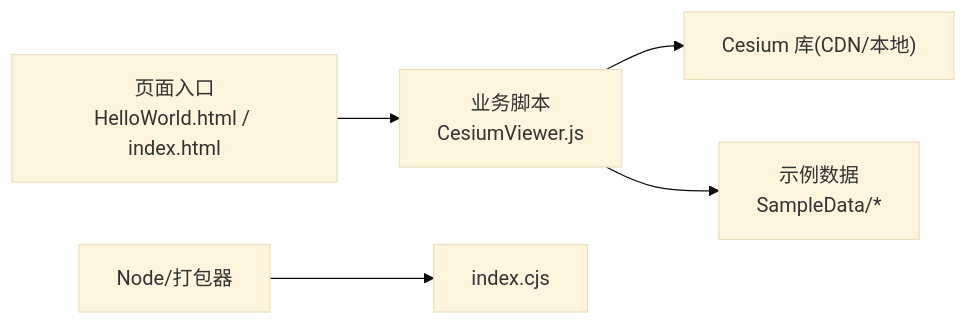
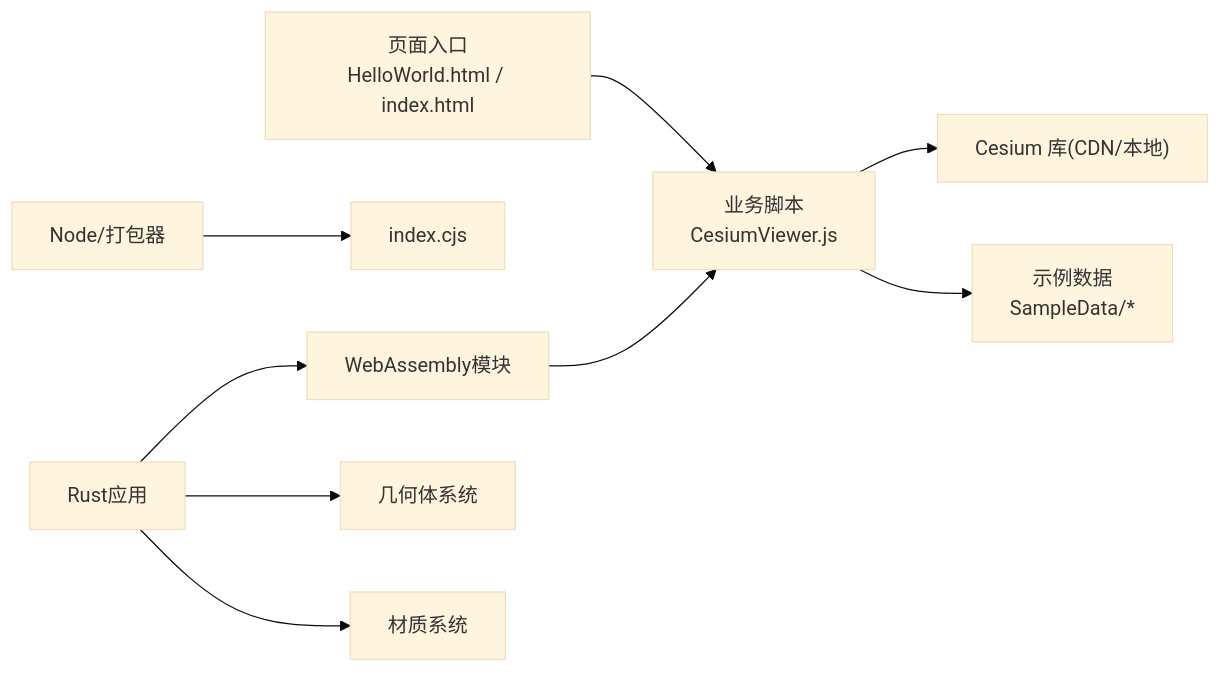
One commit to rzhangjing/cesium changed the third of 3 diagrams in .qoder/repowiki/zh/content/示例教程/基础示例.md. Above: the diagram before and after it, drawn with Mermaid (base theme). The commit also changed other lines of this file and 30 other files, not shown here.

````diff
--- a/.qoder/repowiki/zh/content/示例教程/基础示例.md
+++ b/.qoder/repowiki/zh/content/示例教程/基础示例.md
@@ -256,7 +336,11 @@
 ```mermaid
 graph LR
 P["页面入口<br/>HelloWorld.html / index.html"] --> J["业务脚本<br/>CesiumViewer.js"]
 J --> L["Cesium 库(CDN/本地)"]
 J --> D["示例数据<br/>SampleData/*"]
 N["Node/打包器"] --> X["index.cjs"]
+R["Rust应用"] --> W["WebAssembly模块"]
+W --> J
+R --> G["几何体系统"]
+R --> M["材质系统"]
 ```
````
